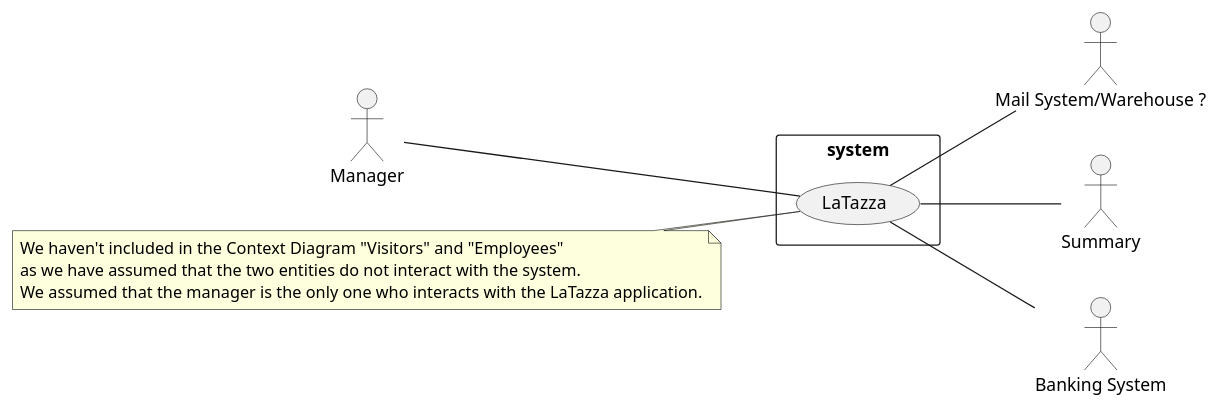
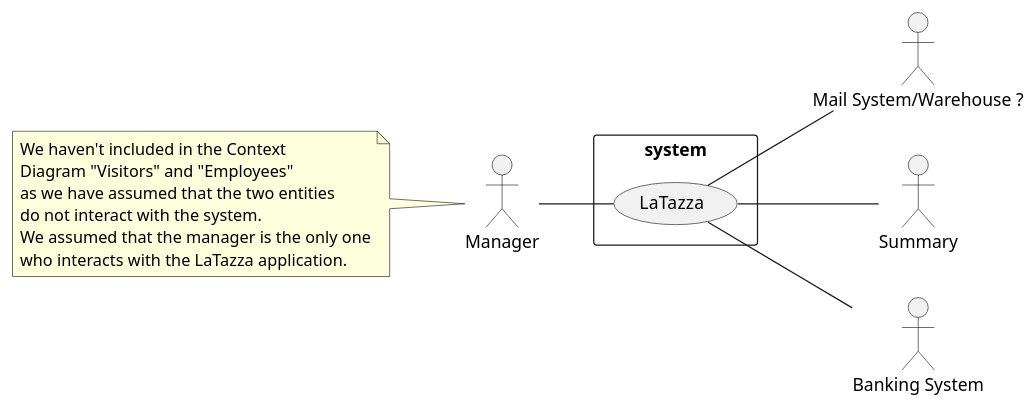
One commit to DarkSee/LaTazza changed the first of 4 diagrams in templates/RequirementsTemplate.md. Above: the diagram before and after it, drawn with PlantUML.

Commit message:
Updated notes

````diff
--- a/templates/RequirementsTemplate.md
+++ b/templates/RequirementsTemplate.md
@@ -56,26 +56,30 @@
 ```plantuml
 left to right direction
 skinparam packageStyle rectangle
 
 actor Manager as M
+note left
+        We haven't included in the Context
+        Diagram "Visitors" and "Employees" 
+        as we have assumed that the two entities
+        do not interact with the system.
+        We assumed that the manager is the only one
+        who interacts with the LaTazza application.
+end note
+
 actor "Mail System/Warehouse ?" as W
 actor Summary as S
 actor "Banking System" as BS
 
 
 rectangle system {
   (LaTazza) as LT
    M -- LT
    LT -- S
    LT -- W
    LT -- BS
     
 }
 
-note left 
-        We haven't included in the Context Diagram "Visitors" and "Employees" 
-        as we have assumed that the two entities do not interact with the system.
-        We assumed that the manager is the only one who interacts with the LaTazza application.
-end note
 
 ```
````
